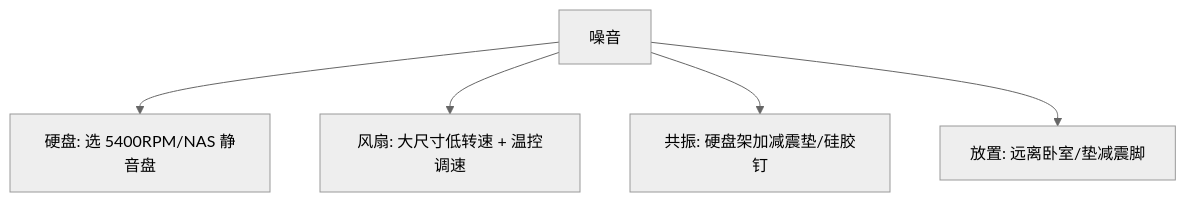
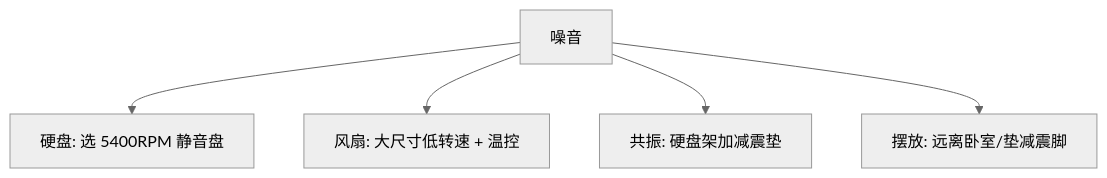
The diagram in docs/02-硬件选型/2.5-功耗噪音与散热.md (cv-superding/nas-guide), drawn with Mermaid (neutral theme) before and after one commit. The commit also changed other lines of this file and 3 other files, not shown here.

````diff
--- a/docs/02-硬件选型/2.5-功耗噪音与散热.md
+++ b/docs/02-硬件选型/2.5-功耗噪音与散热.md
@@ -46,7 +22,7 @@
 ```mermaid
 flowchart TD
-    A[噪音] --> B[硬盘: 选 5400RPM/NAS 静音盘]
-    A --> C[风扇: 大尺寸低转速 + 温控调速]
-    A --> D[共振: 硬盘架加减震垫/硅胶钉]
-    A --> E[放置: 远离卧室/垫减震脚]
+    A[噪音] --> B[硬盘: 选 5400RPM 静音盘]
+    A --> C[风扇: 大尺寸低转速 + 温控]
+    A --> D[共振: 硬盘架加减震垫]
+    A --> E[摆放: 远离卧室/垫减震脚]
 ```
````
